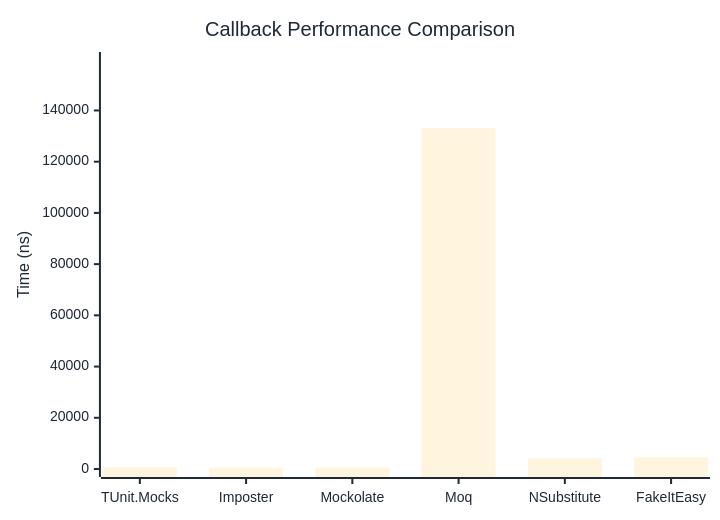
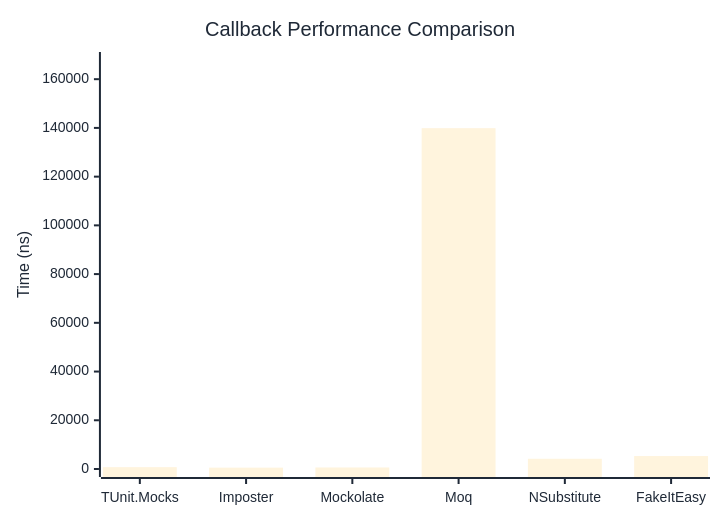
The first of 2 diagrams in docs/docs/benchmarks/mocks/Callback.md (thomhurst/TUnit), drawn with Mermaid before and after one commit. The commit also changed other lines of this file and 14 other files, not shown here.

````diff
--- a/docs/docs/benchmarks/mocks/Callback.md
+++ b/docs/docs/benchmarks/mocks/Callback.md
@@ -28,27 +28,27 @@
 ```mermaid
 %%{init: {
   'theme':'base',
   'themeVariables': {
     'primaryColor': '#2563eb',
     'primaryTextColor': '#1f2937',
     'primaryBorderColor': '#1e40af',
     'lineColor': '#6b7280',
     'secondaryColor': '#7c3aed',
     'tertiaryColor': '#dc2626',
     'background': '#ffffff',
     'pie1': '#2563eb',
     'pie2': '#7c3aed',
     'pie3': '#dc2626',
     'pie4': '#f59e0b',
     'pie5': '#10b981',
     'pie6': '#06b6d4',
     'pie7': '#ec4899',
     'pie8': '#6366f1'
   }
 }}%%
 xychart-beta
   title "Callback Performance Comparison"
   x-axis ["TUnit.Mocks", "Imposter", "Mockolate", "Moq", "NSubstitute", "FakeItEasy"]
-  y-axis "Time (ns)" 0 --> 159706
-  bar [603.1, 515.1, 544.8, 133087.7, 4112, 4502.3]
+  y-axis "Time (ns)" 0 --> 167875
+  bar [755.9, 558.3, 626, 139895.6, 4200.5, 5319.7]
 ```
````
